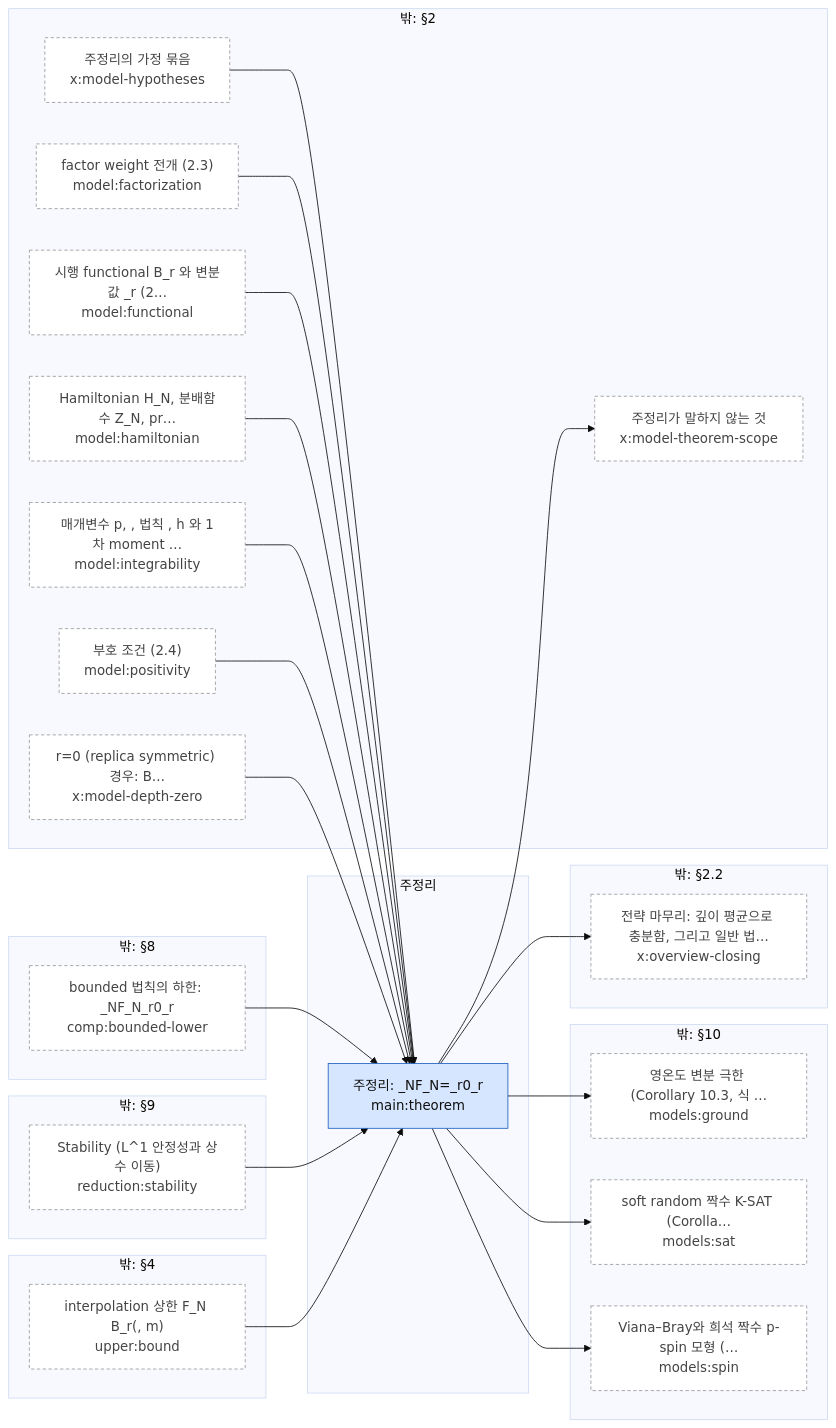
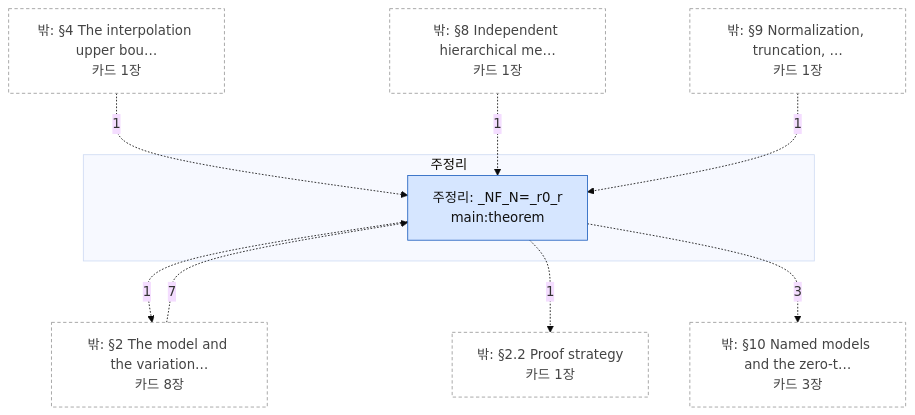
Before and after one commit to EuijinJeon/math2phys-site: the diagram in redesign/build/artifact/maps/sec-main.mmd, drawn with Mermaid (base theme). The commit also changed 40 other files, not shown here.

```diff
--- a/redesign/build/artifact/maps/sec-main.mmd
+++ b/redesign/build/artifact/maps/sec-main.mmd
@@ -1,67 +1,29 @@
-flowchart LR
+flowchart TB
   subgraph IN["주정리"]
     a0["주정리: _NF_N=_r0_r<br/>main:theorem"]
   end
-  subgraph X0["밖: §8"]
-    e0["bounded 법칙의 하한: _NF_N_r0_r<br/>comp:bounded-lower"]
-  end
-  subgraph X1["밖: §10"]
-    e1["영온도 변분 극한 (Corollary 10.3, 식 …<br/>models:ground"]
-    e2["soft random 짝수 K-SAT (Corolla…<br/>models:sat"]
-    e3["Viana–Bray와 희석 짝수 p-spin 모형 (…<br/>models:spin"]
-  end
-  subgraph X2["밖: §2"]
-    e4["factor weight 전개 (2.3)<br/>model:factorization"]
-    e5["시행 functional B_r 와 변분값 _r (2…<br/>model:functional"]
-    e6["Hamiltonian H_N, 분배함수 Z_N, pr…<br/>model:hamiltonian"]
-    e7["매개변수 p, , 법칙 , h 와 1차 moment …<br/>model:integrability"]
-    e8["부호 조건 (2.4)<br/>model:positivity"]
-    e9["r=0 (replica symmetric) 경우: B…<br/>x:model-depth-zero"]
-    e10["주정리의 가정 묶음<br/>x:model-hypotheses"]
-    e11["주정리가 말하지 않는 것<br/>x:model-theorem-scope"]
-  end
-  subgraph X3["밖: §2.2"]
-    e12["전략 마무리: 깊이 평균으로 충분함, 그리고 일반 법…<br/>x:overview-closing"]
-  end
-  subgraph X4["밖: §9"]
-    e13["Stability (L^1 안정성과 상수 이동)<br/>reduction:stability"]
-  end
-  subgraph X5["밖: §4"]
-    e14["interpolation 상한 F_N B_r(, m)<br/>upper:bound"]
-  end
-  a0 --> e1
-  a0 --> e11
-  a0 --> e12
-  a0 --> e2
-  a0 --> e3
-  e0 --> a0
-  e10 --> a0
-  e13 --> a0
-  e14 --> a0
-  e4 --> a0
-  e5 --> a0
-  e6 --> a0
-  e7 --> a0
-  e8 --> a0
-  e9 --> a0
+  X0["밖: §2 The model and the variation…<br/>카드 8장"]
+  X1["밖: §2.2 Proof strategy<br/>카드 1장"]
+  X2["밖: §4 The interpolation upper bou…<br/>카드 1장"]
+  X3["밖: §8 Independent hierarchical me…<br/>카드 1장"]
+  X4["밖: §9 Normalization, truncation, …<br/>카드 1장"]
+  X5["밖: §10 Named models and the zero-t…<br/>카드 3장"]
+  X0 -.->|7| a0
+  a0 -.->|1| X0
+  a0 -.->|1| X1
+  X2 -.->|1| a0
+  X3 -.->|1| a0
+  X4 -.->|1| a0
+  a0 -.->|3| X5
   classDef thm fill:#d6e6ff,stroke:#1f5fbf,color:#111;
   classDef oth fill:#eef0f3,stroke:#8a8f98,color:#222;
   classDef ext fill:#fff,stroke:#999,stroke-dasharray:4 3,color:#444;
   class a0 thm;
-  class e0,e1,e2,e3,e4,e5,e6,e7,e8,e9,e10,e11,e12,e13,e14 ext;
+  class X0,X1,X2,X3,X4,X5 ext;
   click a0 "cards/main.theorem.html"
-  click e0 "cards/comp.bounded-lower.html"
-  click e1 "cards/models.ground.html"
-  click e2 "cards/models.sat.html"
-  click e3 "cards/models.spin.html"
-  click e4 "cards/model.factorization.html"
-  click e5 "cards/model.functional.html"
-  click e6 "cards/model.hamiltonian.html"
-  click e7 "cards/model.integrability.html"
-  click e8 "cards/model.positivity.html"
-  click e9 "cards/x.model-depth-zero.html"
-  click e10 "cards/x.model-hypotheses.html"
-  click e11 "cards/x.model-theorem-scope.html"
-  click e12 "cards/x.overview-closing.html"
-  click e13 "cards/reduction.stability.html"
-  click e14 "cards/upper.bound.html"
+  click X0 "map-model.html"
+  click X1 "map-overview.html"
+  click X2 "map-upper.html"
+  click X3 "map-comparison.html"
+  click X4 "map-reduction.html"
+  click X5 "map-consequences.html"
```
